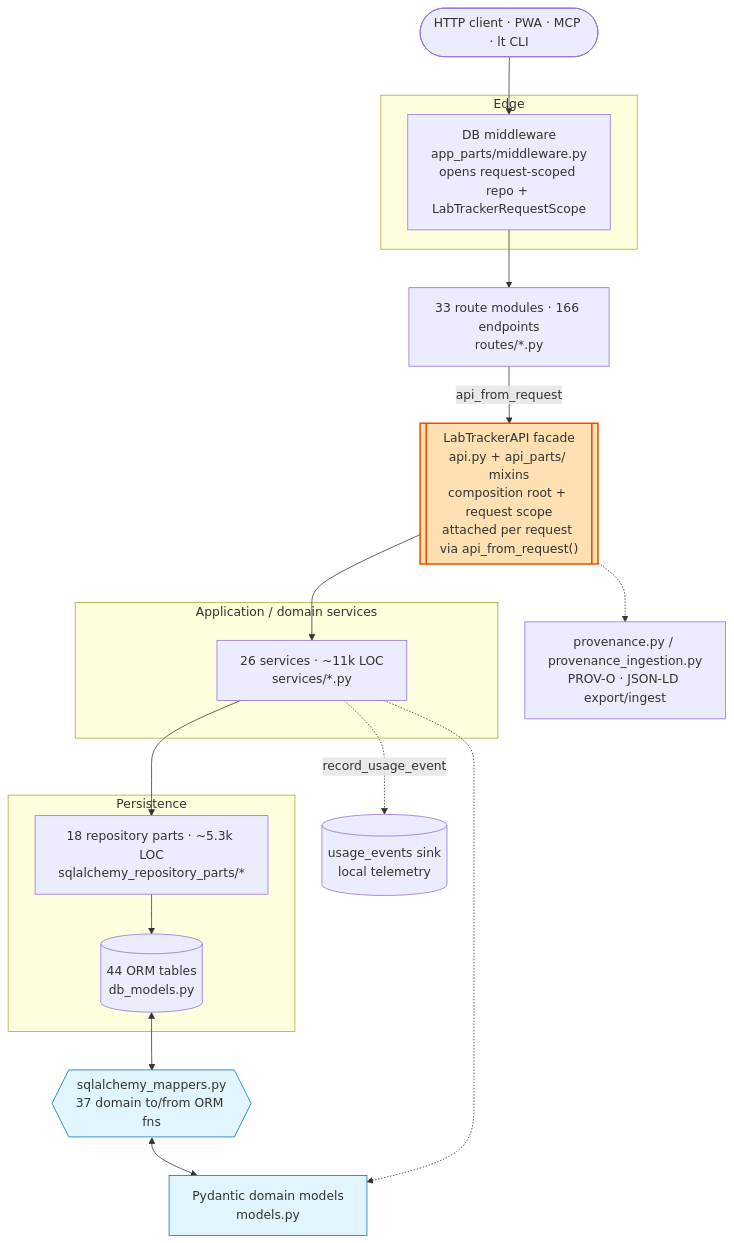
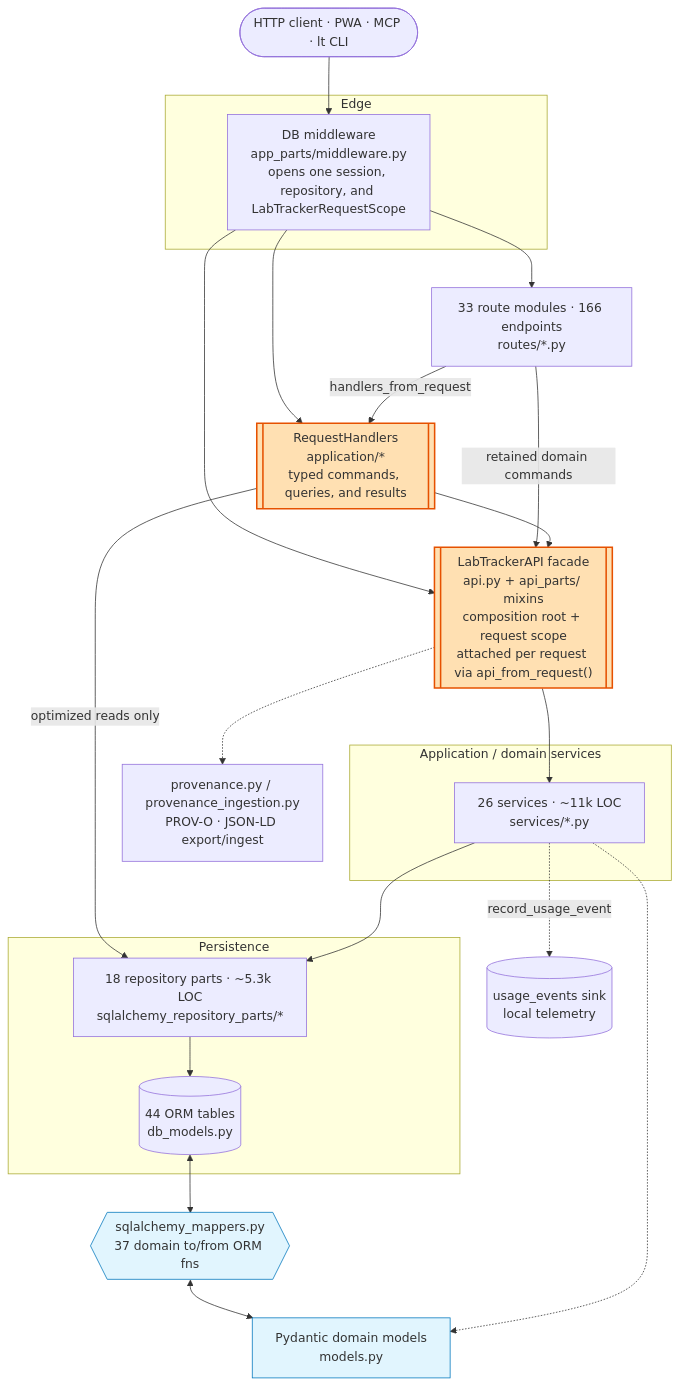
Before and after one commit to SamuelBrudner/lab-tracker: the diagram in docs/internal-boundaries.md, drawn with Mermaid. The commit also changed other lines of this file and 30 other files, not shown here.

First line of the commit message:
refactor: establish typed application handlers (prescribed by bead lab-tracker-t4x0.9)

````diff
--- a/docs/internal-boundaries.md
+++ b/docs/internal-boundaries.md
@@ -14,43 +16,50 @@
 ```mermaid
 flowchart TD
     client(["HTTP client · PWA · MCP · lt CLI"])
 
     subgraph edge["Edge"]
-      mw["DB middleware<br/>app_parts/middleware.py<br/>opens request-scoped repo + LabTrackerRequestScope"]
+      mw["DB middleware<br/>app_parts/middleware.py<br/>opens one session, repository, and LabTrackerRequestScope"]
     end
 
     routes["33 route modules · 166 endpoints<br/>routes/*.py"]
+
+    handlers[["RequestHandlers<br/>application/*<br/>typed commands, queries, and results"]]
 
     facade[["LabTrackerAPI facade<br/>api.py + api_parts/ mixins<br/>composition root + request scope<br/>attached per request via api_from_request()"]]
 
     subgraph app["Application / domain services"]
       services["26 services · ~11k LOC<br/>services/*.py"]
     end
 
     subgraph data["Persistence"]
       repo["18 repository parts · ~5.3k LOC<br/>sqlalchemy_repository_parts/*"]
       orm[("44 ORM tables<br/>db_models.py")]
     end
 
     mappers{{"sqlalchemy_mappers.py<br/>37 domain to/from ORM fns"}}
     domain["Pydantic domain models<br/>models.py"]
 
     prov["provenance.py / provenance_ingestion.py<br/>PROV-O · JSON-LD export/ingest"]
     usage[("usage_events sink<br/>local telemetry")]
 
     client --> mw --> routes
-    routes -->|api_from_request| facade
+    mw --> handlers
+    mw --> facade
+    routes -->|handlers_from_request| handlers
+    routes -->|retained domain commands| facade
+    handlers --> facade
+    handlers -->|optimized reads only| repo
     facade --> services
     services --> repo
     repo --> orm
     orm <--> mappers
     mappers <--> domain
     services -.-> domain
     facade -.-> prov
     services -.->|record_usage_event| usage
 
     classDef chokepoint fill:#ffe0b2,stroke:#e65100,stroke-width:2px;
     classDef seam fill:#e1f5fe,stroke:#0277bd;
-    class facade chokepoint;
+    class handlers,facade chokepoint;
     class mappers,domain seam;
 ```
````
